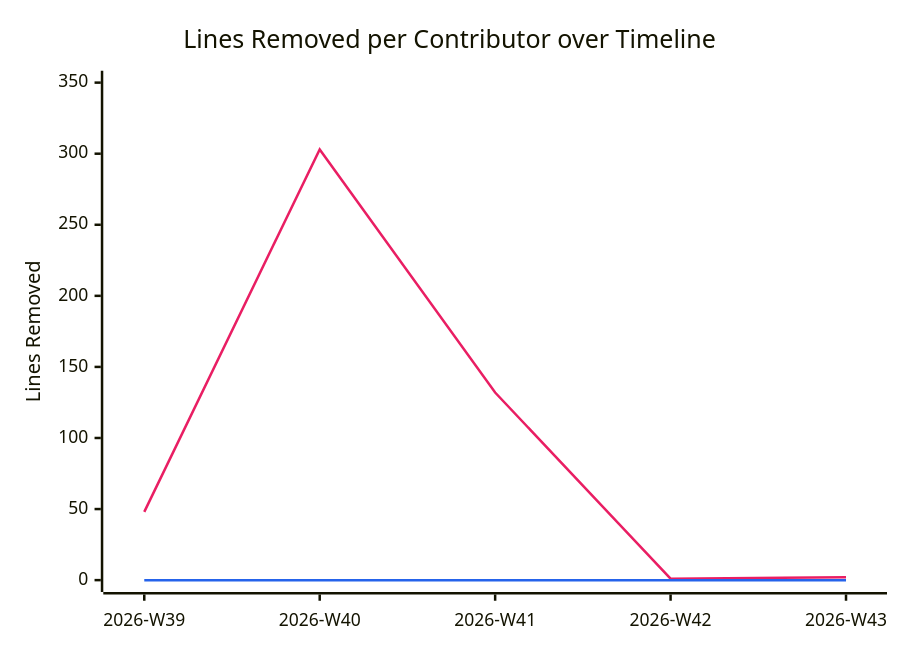
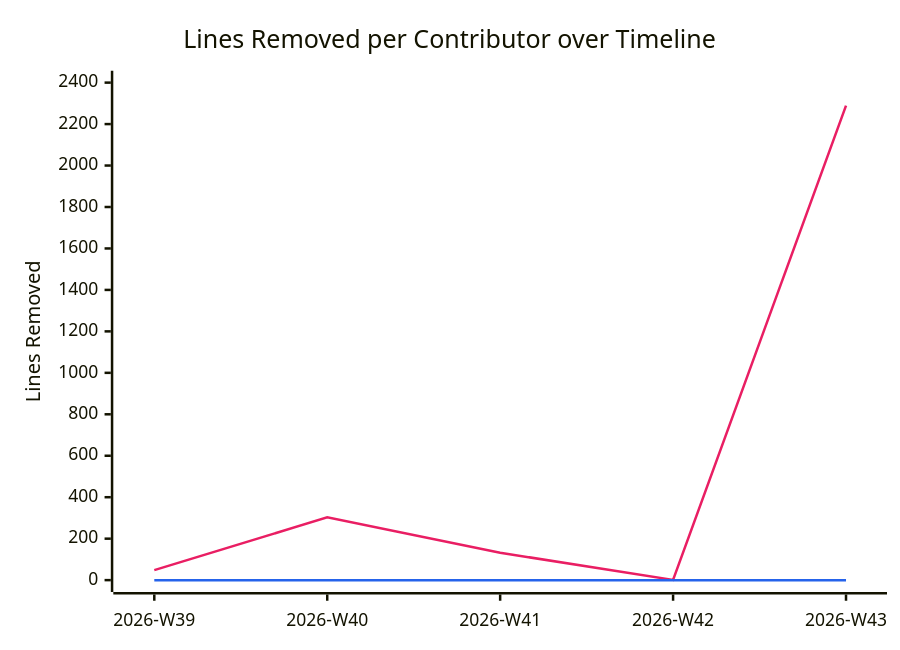
One commit to BeyondMagic/wisp changed the diagram in documentation/snippets/management/code-deletions.mmd. Above: the diagram before and after it, drawn with Mermaid. The commit also changed 2 other files, not shown here.

```diff
--- a/documentation/snippets/management/code-deletions.mmd
+++ b/documentation/snippets/management/code-deletions.mmd
@@ -1,7 +1,7 @@
 %%{init: {"themeVariables": {"xyChart": {"plotColorPalette": "#e91e63, #2563eb"}}}}%%
 xychart-beta
     title "Lines Removed per Contributor over Timeline"
     x-axis ["2026-W39", "2026-W40", "2026-W41", "2026-W42", "2026-W43"]
-    y-axis "Lines Removed" 0 --> 350
-    line [48, 303, 132, 1, 2]
+    y-axis "Lines Removed" 0 --> 2400
+    line [48, 303, 132, 1, 2289]
     line [0, 0, 0, 0, 0]
```
